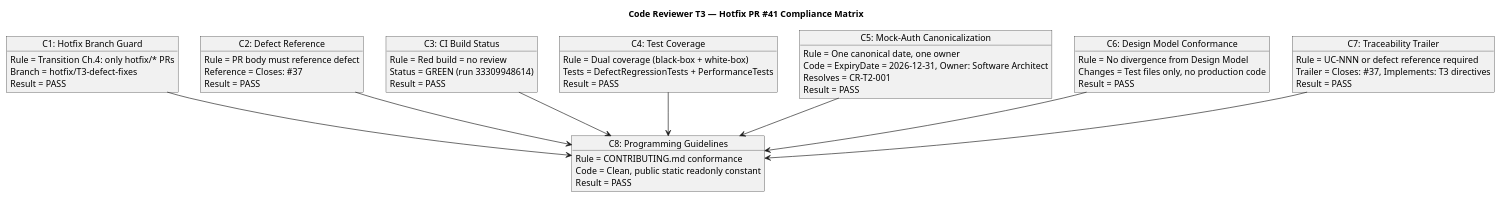
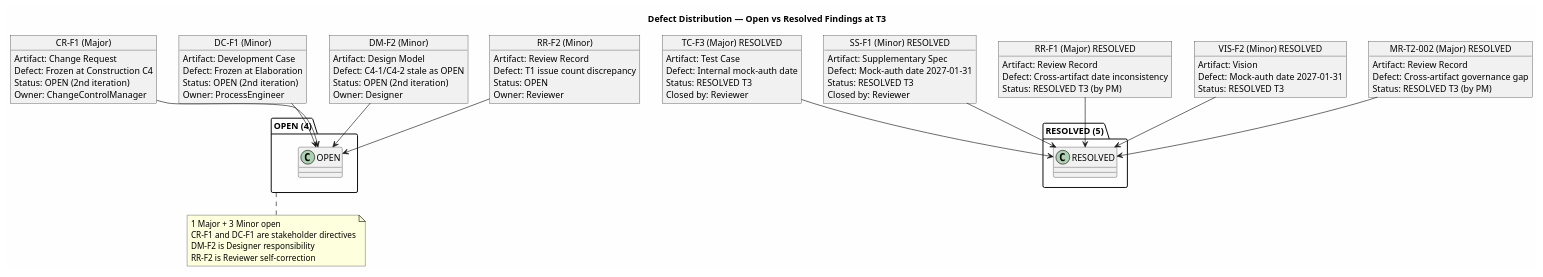
One commit to banense-test/portal-cuba-corp changed the second of 6 diagrams in docs/artifacts/project-management/review-record.md. Above: the diagram before and after it, drawn with PlantUML. The commit also changed other lines of this file, not shown here.

First line of the commit message:
Reviewer [T3]: upsert Review Record

````diff
--- a/docs/artifacts/project-management/review-record.md
+++ b/docs/artifacts/project-management/review-record.md
@@ -96,68 +235,91 @@
 ```plantuml
 @startuml
-title Code Reviewer T3 — Hotfix PR #41 Compliance Matrix
+title Defect Distribution — Open vs Resolved Findings at T3
 
-skinparam classAttributeIconSize 0
-skinparam classBackgroundColor #F0F4FF
-skinparam classBorderColor #336699
+skinparam backgroundColor #FEFEFE
 skinparam shadowing false
 
-object "C1: Hotfix Branch Guard" as C1 {
-  Rule = Transition Ch.4: only hotfix/* PRs
-  Branch = hotfix/T3-defect-fixes
-  Result = PASS
+object "CR-F1 (Major)" as CRF1 {
+  Artifact: Change Request
+  Defect: Frozen at Construction C4
+  Status: OPEN (2nd iteration)
+  Owner: ChangeControlManager
 }
 
-object "C2: Defect Reference" as C2 {
-  Rule = PR body must reference defect
-  Reference = Closes: #37
-  Result = PASS
+object "DC-F1 (Minor)" as DCF1 {
+  Artifact: Development Case
+  Defect: Frozen at Elaboration
+  Status: OPEN (2nd iteration)
+  Owner: ProcessEngineer
 }
 
-object "C3: CI Build Status" as C3 {
-  Rule = Red build = no review
-  Status = GREEN (run 33309948614)
-  Result = PASS
+object "DM-F2 (Minor)" as DMF2 {
+  Artifact: Design Model
+  Defect: C4-1/C4-2 stale as OPEN
+  Status: OPEN (2nd iteration)
+  Owner: Designer
 }
 
-object "C4: Test Coverage" as C4 {
-  Rule = Dual coverage (black-box + white-box)
-  Tests = DefectRegressionTests + PerformanceTests
-  Result = PASS
+object "RR-F2 (Minor)" as RRF2 {
+  Artifact: Review Record
+  Defect: T1 issue count discrepancy
+  Status: OPEN
+  Owner: Reviewer
 }
 
-object "C5: Mock-Auth Canonicalization" as C5 {
-  Rule = One canonical date, one owner
-  Code = ExpiryDate = 2026-12-31, Owner: Software Architect
-  Resolves = CR-T2-001
-  Result = PASS
+object "TC-F3 (Major) RESOLVED" as TCF3 {
+  Artifact: Test Case
+  Defect: Internal mock-auth date
+  Status: RESOLVED T3
+  Closed by: Reviewer
 }
 
-object "C6: Design Model Conformance" as C6 {
-  Rule = No divergence from Design Model
-  Changes = Test files only, no production code
-  Result = PASS
+object "SS-F1 (Minor) RESOLVED" as SSF1 {
+  Artifact: Supplementary Spec
+  Defect: Mock-auth date 2027-01-31
+  Status: RESOLVED T3
+  Closed by: Reviewer
 }
 
-object "C7: Traceability Trailer" as C7 {
-  Rule = UC-NNN or defect reference required
-  Trailer = Closes: #37, Implements: T3 directives
-  Result = PASS
+object "RR-F1 (Major) RESOLVED" as RRF1 {
+  Artifact: Review Record
+  Defect: Cross-artifact date inconsistency
+  Status: RESOLVED T3 (by PM)
 }
 
-object "C8: Programming Guidelines" as C8 {
-  Rule = CONTRIBUTING.md conformance
-  Code = Clean, public static readonly constant
-  Result = PASS
+object "VIS-F2 (Minor) RESOLVED" as VISF2 {
+  Artifact: Vision
+  Defect: Mock-auth date 2027-01-31
+  Status: RESOLVED T3
 }
 
-C1 --> C8
-C2 --> C8
-C3 --> C8
-C4 --> C8
-C5 --> C8
-C6 --> C8
-C7 --> C8
+object "MR-T2-002 (Major) RESOLVED" as MRT2 {
+  Artifact: Review Record
+  Defect: Cross-artifact governance gap
+  Status: RESOLVED T3 (by PM)
+}
+
+package "OPEN (4)" as OPEN {
+  CRF1 --> OPEN
+  DCF1 --> OPEN
+  DMF2 --> OPEN
+  RRF2 --> OPEN
+}
+
+package "RESOLVED (5)" as RESOLVED {
+  TCF3 --> RESOLVED
+  SSF1 --> RESOLVED
+  RRF1 --> RESOLVED
+  VISF2 --> RESOLVED
+  MRT2 --> RESOLVED
+}
+
+note bottom of OPEN
+  1 Major + 3 Minor open
+  CR-F1 and DC-F1 are stakeholder directives
+  DM-F2 is Designer responsibility
+  RR-F2 is Reviewer self-correction
+end note
 
 @enduml
 ```
````
